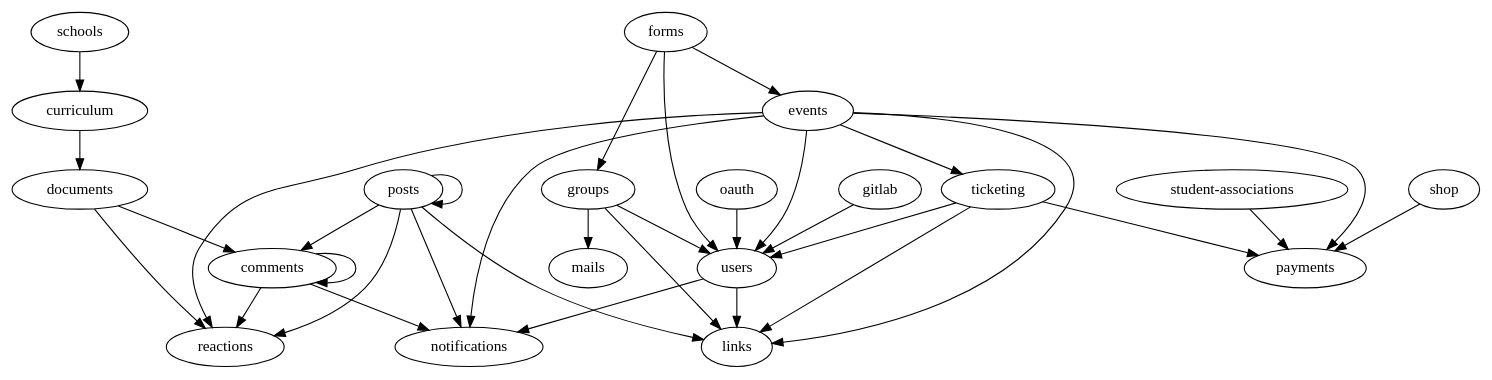
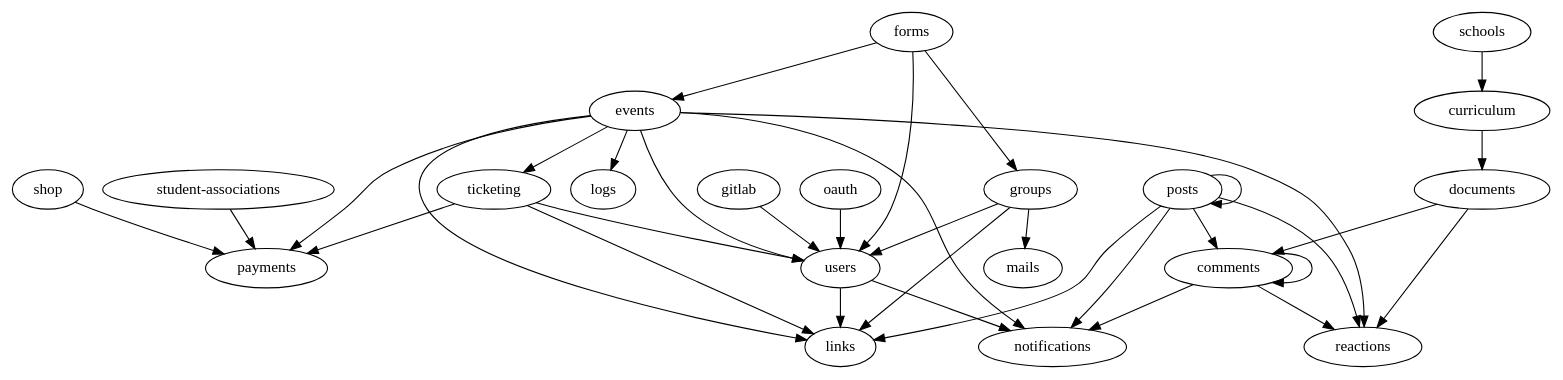
One commit to inp-net/churros changed the diagram in packages/api/scripts/modules-import-graph.dot. Above: the diagram before and after it, drawn with Graphviz. The commit also changed 8 other files, not shown here.

Commit message:
feat(events): allow managers to see logs of event (wip, not UI for now)

```diff
--- a/packages/api/scripts/modules-import-graph.dot
+++ b/packages/api/scripts/modules-import-graph.dot
@@ -1,35 +1,36 @@
 strict digraph ImportGraph {
     "comments" -> "comments";
     "comments" -> "reactions";
     "comments" -> "notifications";
     "curriculum" -> "documents";
     "documents" -> "comments";
     "documents" -> "reactions";
     "events" -> "ticketing";
     "events" -> "notifications";
     "events" -> "users";
+    "events" -> "links";
+    "events" -> "logs";
     "events" -> "payments";
     "events" -> "reactions";
-    "events" -> "links";
+    "forms" -> "users";
     "forms" -> "groups";
-    "forms" -> "users";
     "forms" -> "events";
     "gitlab" -> "users";
     "groups" -> "links";
     "groups" -> "mails";
     "groups" -> "users";
     "oauth" -> "users";
     "posts" -> "notifications";
     "posts" -> "comments";
     "posts" -> "reactions";
     "posts" -> "posts";
     "posts" -> "links";
     "schools" -> "curriculum";
     "shop" -> "payments";
     "student-associations" -> "payments";
     "ticketing" -> "payments";
     "ticketing" -> "links";
     "ticketing" -> "users";
     "users" -> "notifications";
     "users" -> "links";
 }
```
